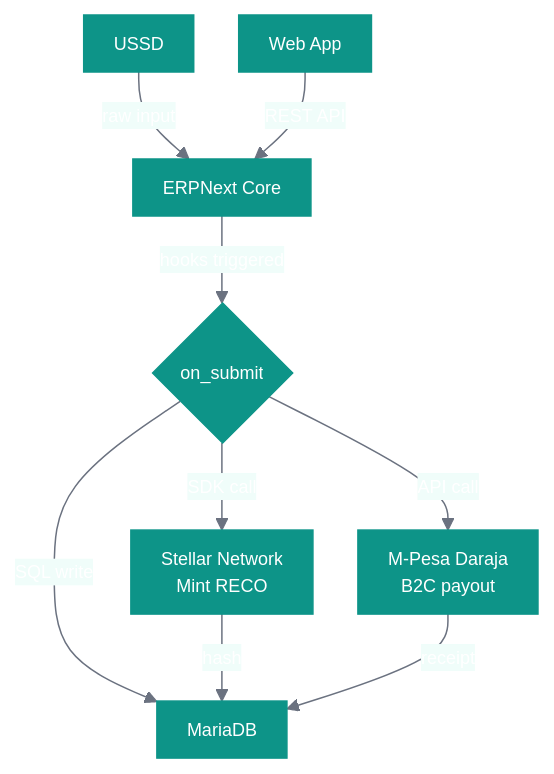
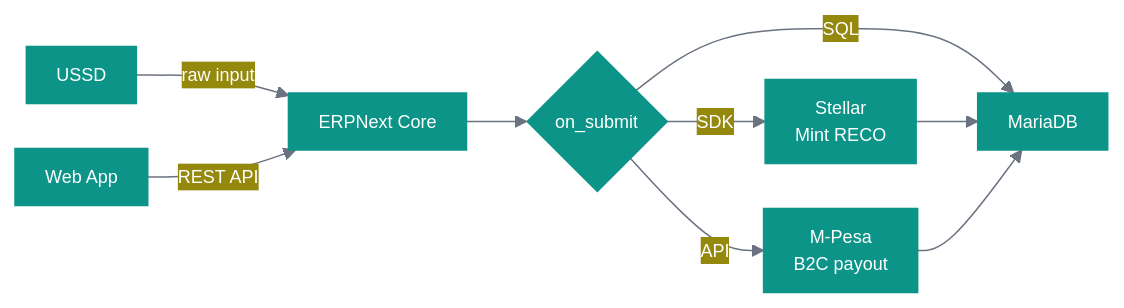
Before and after one commit to Matxchange/matXchange: the second of 5 diagrams in README.md, drawn with Mermaid. The commit also changed other lines of this file, not shown here.

Commit message:
Update README with flowchart and Stellar integration changes

````diff
--- a/README.md
+++ b/README.md
@@ -55,12 +55,12 @@
 ```mermaid
-%%{init: {"theme": "base", "themeVariables": {"primaryColor": "#0D9488", "primaryTextColor": "#ffffff", "primaryBorderColor": "#0D9488", "lineColor": "#6B7280", "edgeLabelBackground": "#F0FDFA", "fontFamily": "ui-monospace, monospace", "fontSize": "12px"}, "flowchart": {"curve": "basis", "nodeSpacing": 30, "rankSpacing": 40, "padding": 10}}}%%
-flowchart TD
+%%{init: {"theme": "base", "themeVariables": {"primaryColor": "#0D9488", "primaryTextColor": "#ffffff", "primaryBorderColor": "#0D9488", "lineColor": "#6B7280", "fontFamily": "ui-monospace, monospace", "fontSize": "12px"}, "flowchart": {"curve": "basis", "nodeSpacing": 30, "rankSpacing": 40, "padding": 10}}}%%
+flowchart LR
     A[USSD] -->|raw input| C[ERPNext Core]
     B[Web App] -->|REST API| C
-    C -->|hooks triggered| D{on_submit}
-    D -->|SDK call| E[Stellar Network\nMint RECO]
-    D -->|API call| F[M-Pesa Daraja\nB2C payout]
-    D -->|SQL write| G[MariaDB]
-    E -->|hash| G
-    F -->|receipt| G
+    C --> D{on_submit}
+    D -->|SDK| E[Stellar\nMint RECO]
+    D -->|API| F[M-Pesa\nB2C payout]
+    D -->|SQL| G[MariaDB]
+    E --> G
+    F --> G
 ```
````
